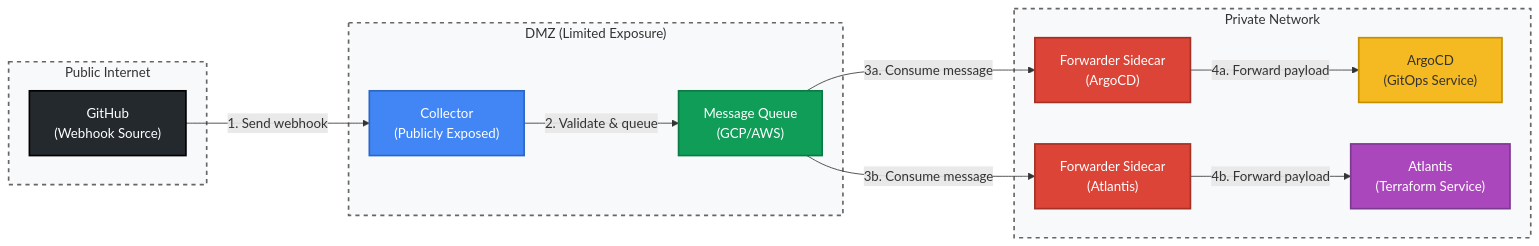
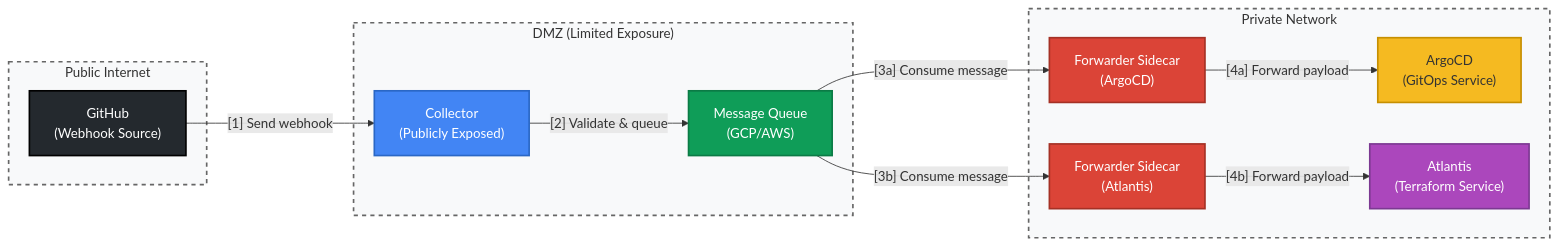
The diagram in README.md (kapicorp/webhook-relay), drawn with Mermaid before and after one commit.

````diff
--- a/README.md
+++ b/README.md
@@ -12,54 +12,54 @@
 ```mermaid
 flowchart LR
     %% Define the nodes with clear, descriptive labels
     GitHub["GitHub\n(Webhook Source)"]
     Collector["Collector\n(Publicly Exposed)"]
     Queue["Message Queue\n(GCP/AWS)"]
     Forwarder1["Forwarder Sidecar\n(ArgoCD)"]
     Forwarder2["Forwarder Sidecar\n(Atlantis)"]
     ArgoCD["ArgoCD\n(GitOps Service)"]
     Atlantis["Atlantis\n(Terraform Service)"]
     
     %% Define the zones
     subgraph Public["Public Internet"]
         GitHub
     end
     
     subgraph DMZ["DMZ (Limited Exposure)"]
         Collector
         Queue
     end
     
     subgraph Private["Private Network"]
         Forwarder1
         Forwarder2
         ArgoCD
         Atlantis
     end
     
     %% Connect the components with numbered steps
-    GitHub -->|"1. Send webhook"| Collector
-    Collector -->|"2. Validate & queue"| Queue
-    Queue -->|"3a. Consume message"| Forwarder1
-    Queue -->|"3b. Consume message"| Forwarder2
-    Forwarder1 -->|"4a. Forward payload"| ArgoCD
-    Forwarder2 -->|"4b. Forward payload"| Atlantis
+    GitHub -->|"[1] Send webhook"| Collector
+    Collector -->|"[2] Validate & queue"| Queue
+    Queue -->|"[3a] Consume message"| Forwarder1
+    Queue -->|"[3b] Consume message"| Forwarder2
+    Forwarder1 -->|"[4a] Forward payload"| ArgoCD
+    Forwarder2 -->|"[4b] Forward payload"| Atlantis
     
     %% Style the components
     classDef github fill:#24292e,color:#fff,stroke:#000,stroke-width:2
     classDef collector fill:#4285f4,color:#fff,stroke:#2a67c5,stroke-width:2
     classDef queue fill:#0f9d58,color:#fff,stroke:#0b7b45,stroke-width:2
     classDef forwarder fill:#db4437,color:#fff,stroke:#a53125,stroke-width:2
     classDef argocd fill:#f5ba21,color:#333,stroke:#c68f00,stroke-width:2
     classDef atlantis fill:#ab47bc,color:#fff,stroke:#7c3992,stroke-width:2
     classDef zone fill:#f8f9fa,stroke:#666,stroke-dasharray:5 5,stroke-width:2
     
     %% Apply styles
     class GitHub github
     class Collector collector
     class Queue queue
     class Forwarder1,Forwarder2 forwarder
     class ArgoCD argocd
     class Atlantis atlantis
     class Public,DMZ,Private zone
 ```
````
